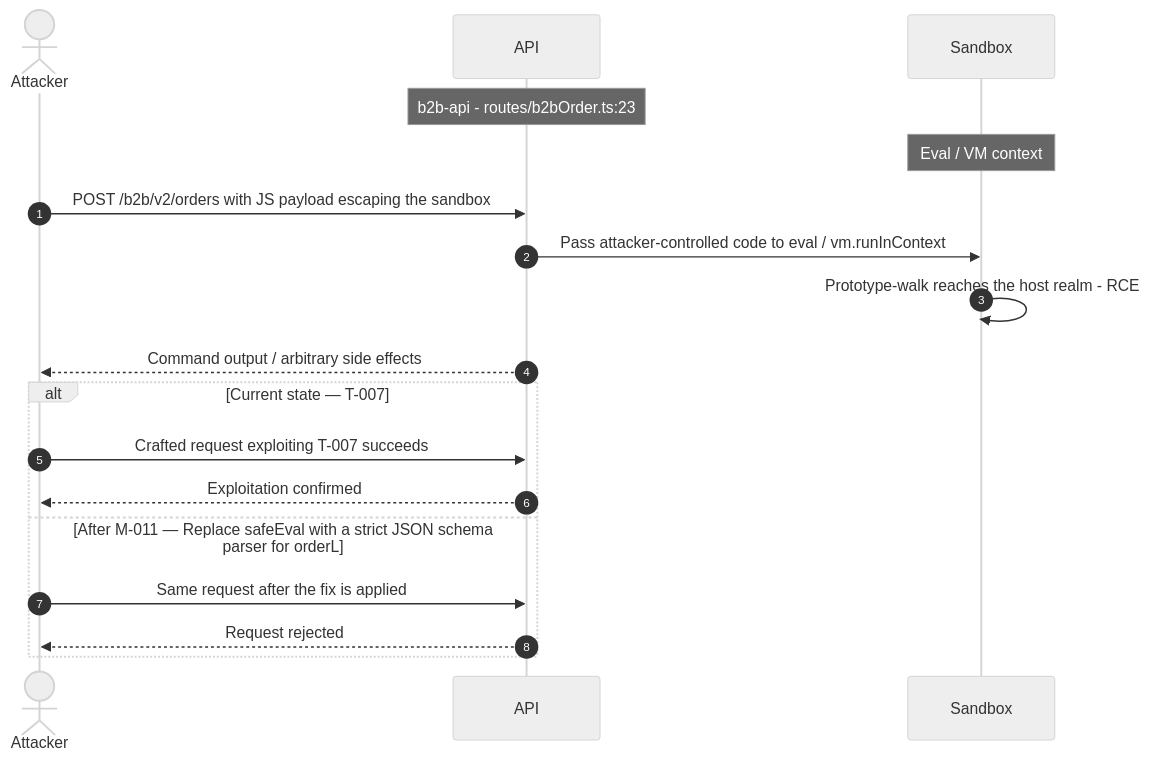
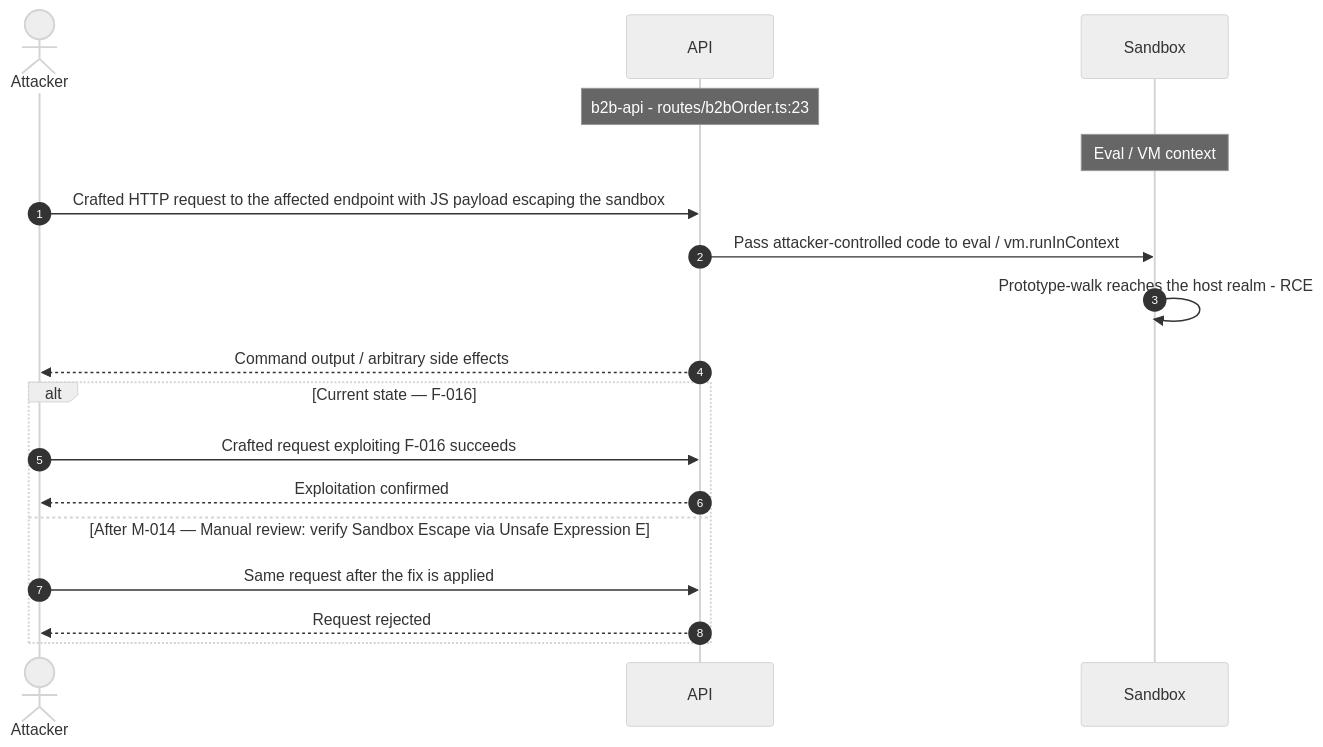
Diagram 19 of 27 in examples/threat-modeler/threat-model-juice-shop-standard.md (appsec-foundry/appsec-advisor), drawn with Mermaid (neutral theme) before and after one commit. The commit also changed other lines of this file and 3 other files, not shown here.

````diff
--- a/examples/threat-modeler/threat-model-juice-shop-standard.md
+++ b/examples/threat-modeler/threat-model-juice-shop-standard.md
@@ -745,20 +1021,20 @@
 ```mermaid
 sequenceDiagram
     autonumber
     actor Attacker
     participant API
     participant Sandbox
     Note over API: b2b-api - routes/b2bOrder.ts:23
     Note over Sandbox: Eval / VM context
-    Attacker->>API: POST /b2b/v2/orders with JS payload escaping the sandbox
+    Attacker->>API: Crafted HTTP request to the affected endpoint with JS payload escaping the sandbox
     API->>Sandbox: Pass attacker-controlled code to eval / vm.runInContext
     Sandbox->>Sandbox: Prototype-walk reaches the host realm - RCE
     API-->>Attacker: Command output / arbitrary side effects
-    alt Current state — T-007
-        Attacker->>API: Crafted request exploiting T-007 succeeds
+    alt Current state — F-016
+        Attacker->>API: Crafted request exploiting F-016 succeeds
         API-->>Attacker: Exploitation confirmed
-    else After M-011 — Replace safeEval with a strict JSON schema parser for orderL
+    else After M-014 — Manual review: verify Sandbox Escape via Unsafe Expression E
         Attacker->>API: Same request after the fix is applied
         API-->>Attacker: Request rejected
     end
 ```
````
